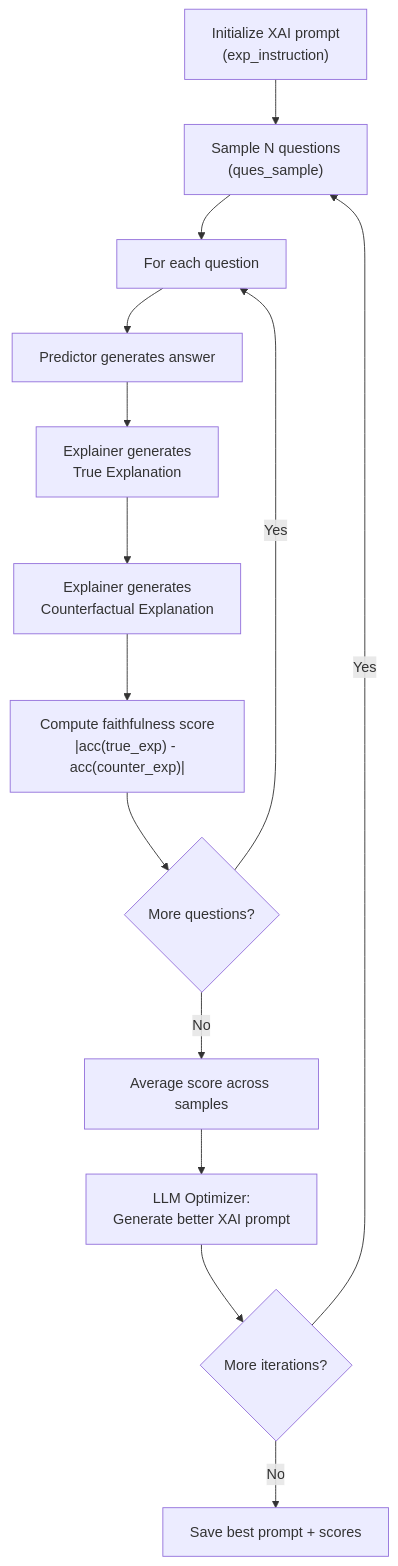
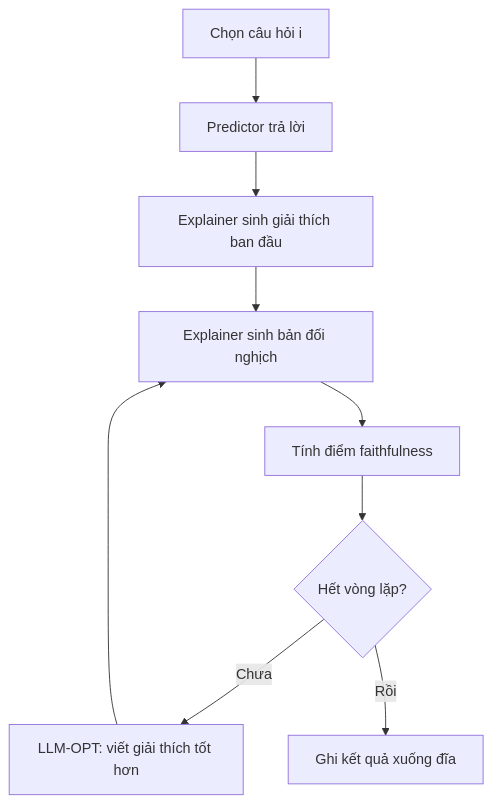
Before and after one commit to lklong1551019/NLP_Final: the first of 3 diagrams in docs/architecture.md, drawn with Mermaid. The commit also changed other lines of this file and 34 other files, not shown here.

````diff
--- a/docs/architecture.md
+++ b/docs/architecture.md
@@ -45,16 +44,11 @@
 ```mermaid
 flowchart TD
-    A["Initialize XAI prompt<br/>(exp_instruction)"] --> B["Sample N questions<br/>(ques_sample)"]
-    B --> C["For each question"]
-    C --> D["Predictor generates answer"]
-    D --> E["Explainer generates<br/>True Explanation"]
-    E --> F["Explainer generates<br/>Counterfactual Explanation"]
-    F --> G["Compute faithfulness score<br/>|acc(true_exp) - acc(counter_exp)|"]
-    G --> H{"More questions?"}
-    H -- Yes --> C
-    H -- No --> I["Average score across samples"]
-    I --> J["LLM Optimizer:<br/>Generate better XAI prompt"]
-    J --> K{"More iterations?"}
-    K -- Yes --> B
-    K -- No --> L["Save best prompt + scores"]
+    A["Chọn câu hỏi i"] --> B["Predictor trả lời"]
+    B --> C["Explainer sinh giải thích ban đầu"]
+    C --> D["Explainer sinh bản đối nghịch"]
+    D --> E["Tính điểm faithfulness"]
+    E --> F{"Hết vòng lặp?"}
+    F -- Chưa --> G["LLM-OPT: viết giải thích tốt hơn"]
+    G --> D
+    F -- Rồi --> H["Ghi kết quả xuống đĩa"]
 ```
````
